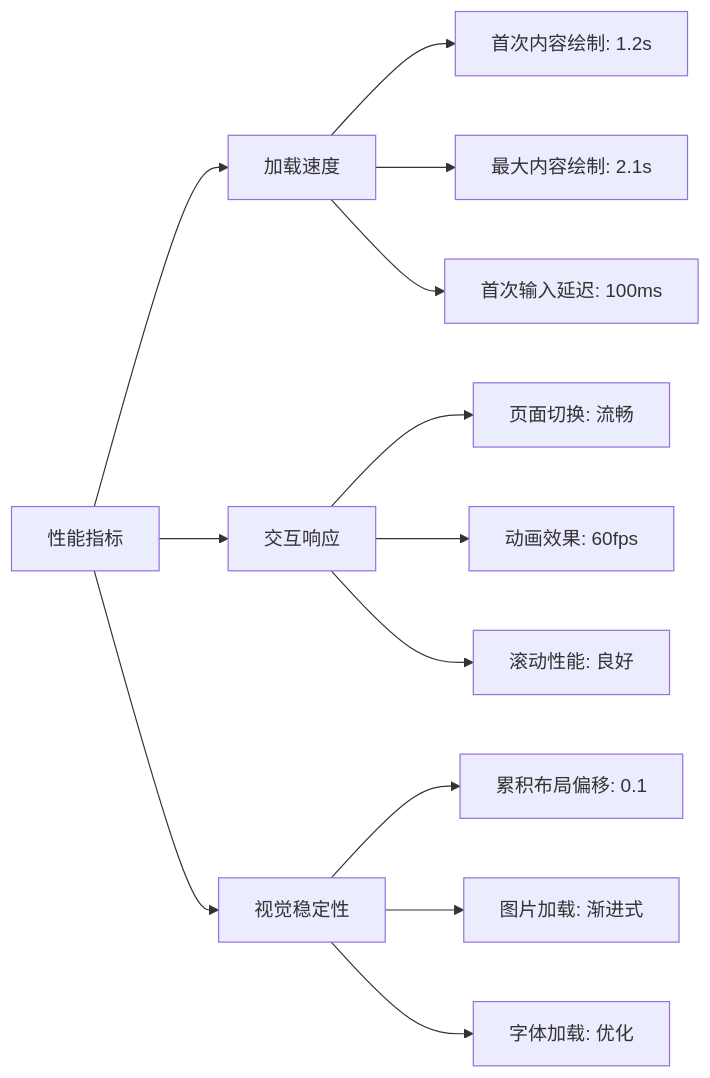
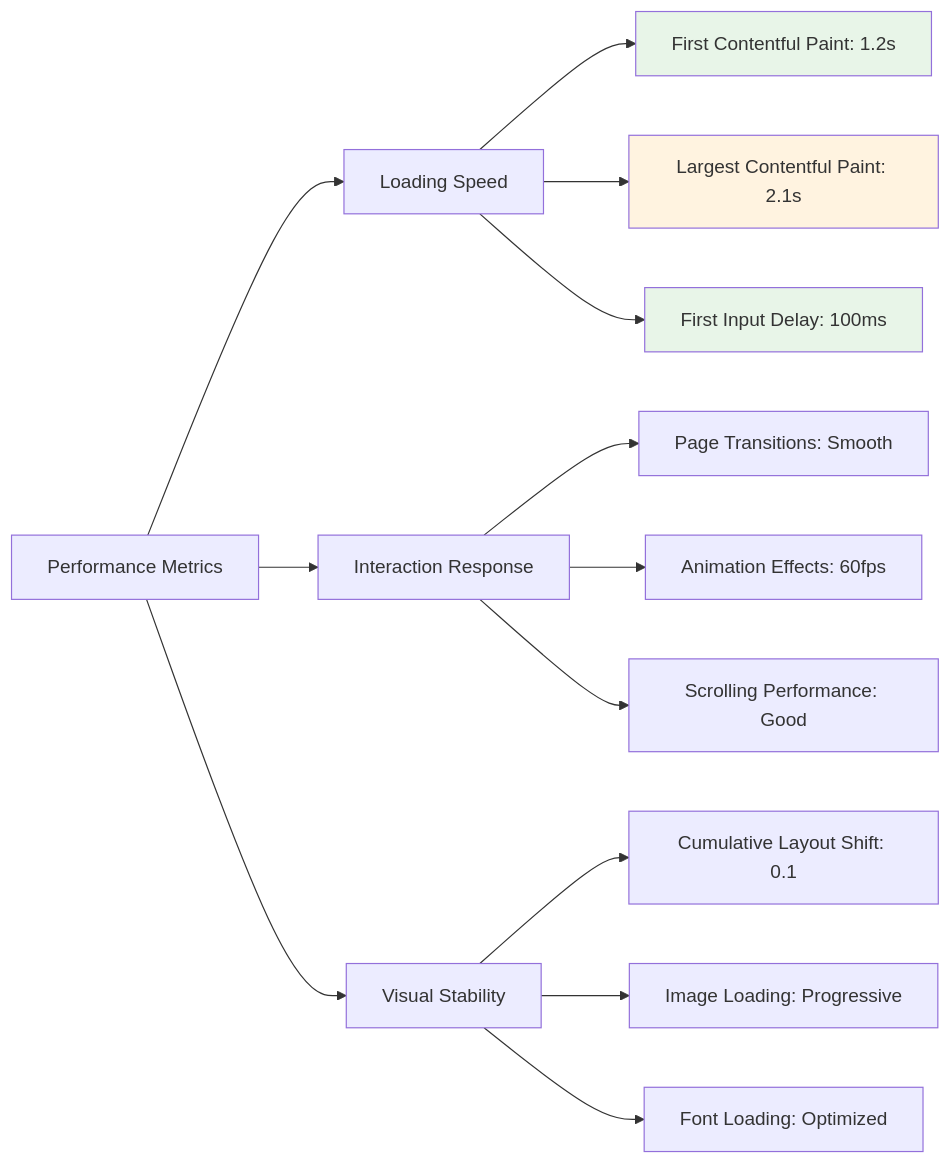
The sixth of 6 diagrams in versioned_docs/version-2024-winter/advanced/cases/sasa-project.mdx (ChanMeng666/ai-programming-teaching-project), drawn with Mermaid before and after one commit. The commit also changed other lines of this file and 472 other files, not shown here.

````diff
--- a/versioned_docs/version-2024-winter/advanced/cases/sasa-project.mdx
+++ b/versioned_docs/version-2024-winter/advanced/cases/sasa-project.mdx
@@ -396,18 +411,22 @@
 ```mermaid
 graph LR
-    A[性能指标] --> B[加载速度]
-    A --> C[交互响应]
-    A --> D[视觉稳定性]
-    
-    B --> B1[首次内容绘制: 1.2s]
-    B --> B2[最大内容绘制: 2.1s]
-    B --> B3[首次输入延迟: 100ms]
-    
-    C --> C1[页面切换: 流畅]
-    C --> C2[动画效果: 60fps]
-    C --> C3[滚动性能: 良好]
-    
-    D --> D1[累积布局偏移: 0.1]
-    D --> D2[图片加载: 渐进式]
-    D --> D3[字体加载: 优化]
+    A[Performance Metrics] --> B[Loading Speed]
+    A --> C[Interaction Response]
+    A --> D[Visual Stability]
+
+    B --> B1[First Contentful Paint: 1.2s]
+    B --> B2[Largest Contentful Paint: 2.1s]
+    B --> B3[First Input Delay: 100ms]
+
+    C --> C1[Page Transitions: Smooth]
+    C --> C2[Animation Effects: 60fps]
+    C --> C3[Scrolling Performance: Good]
+
+    D --> D1[Cumulative Layout Shift: 0.1]
+    D --> D2[Image Loading: Progressive]
+    D --> D3[Font Loading: Optimized]
+
+    style B1 fill:#e8f5e8
+    style B2 fill:#fff3e0
+    style B3 fill:#e8f5e8
 ```
````
